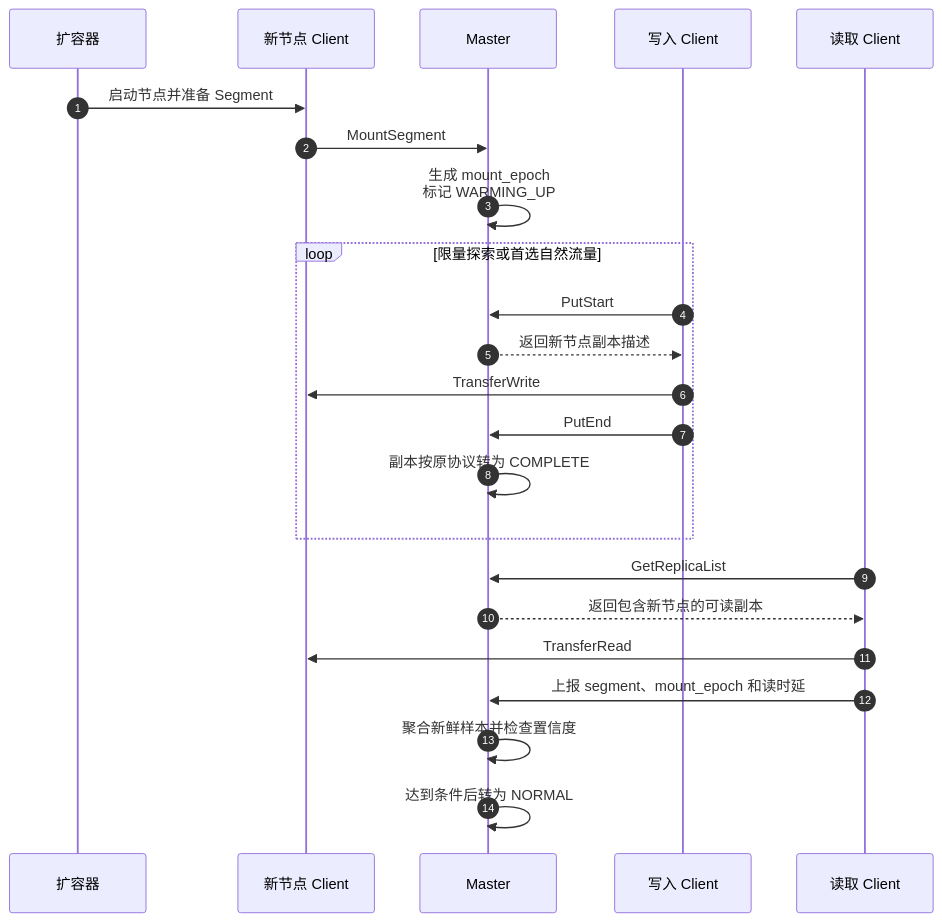
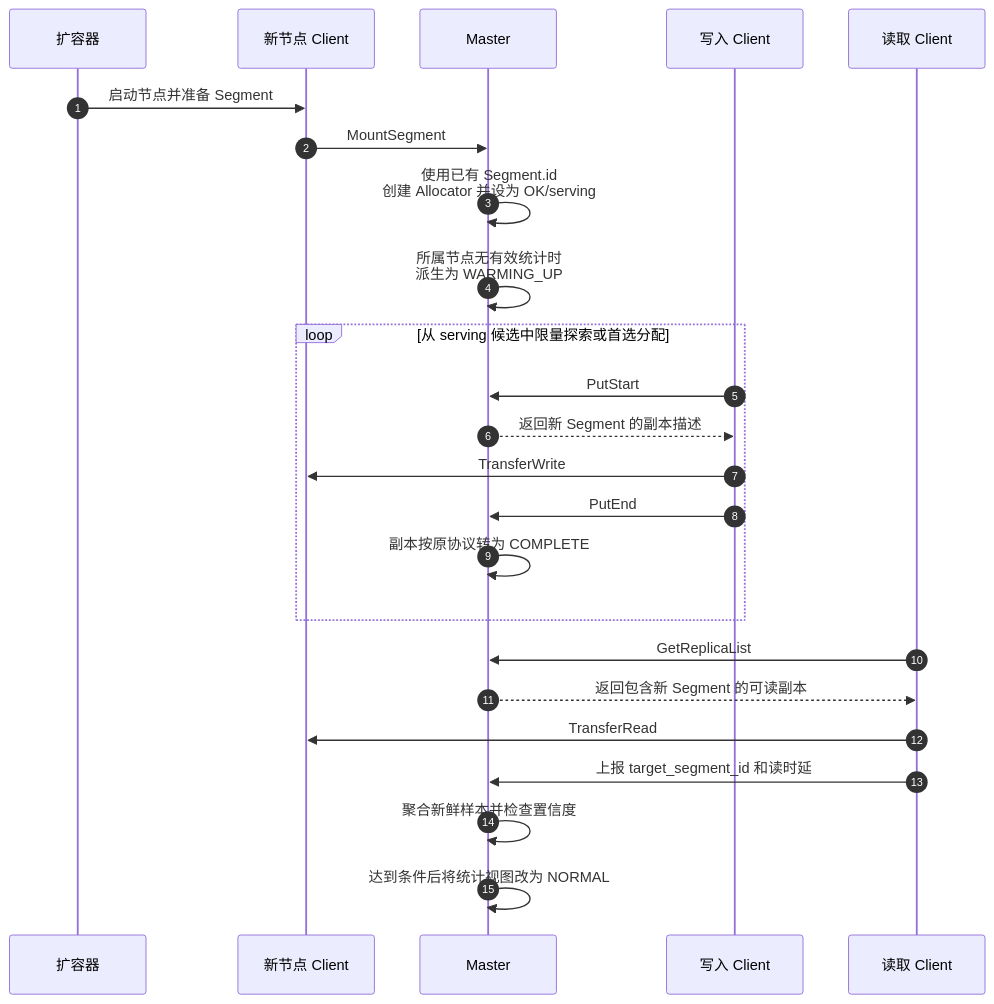
Before and after one commit to ma-xiang/Mooncake: the ninth of 10 diagrams in analyze/mooncake-store-node-level-scheduling.md, drawn with Mermaid. The commit also changed other lines of this file, not shown here.

````diff
--- a/analyze/mooncake-store-node-level-scheduling.md
+++ b/analyze/mooncake-store-node-level-scheduling.md
@@ -451,28 +461,29 @@
 ```mermaid
 sequenceDiagram
     autonumber
     participant O as 扩容器
     participant N as 新节点 Client
     participant M as Master
     participant W as 写入 Client
     participant R as 读取 Client
 
     O->>N: 启动节点并准备 Segment
     N->>M: MountSegment
-    M->>M: 生成 mount_epoch<br/>标记 WARMING_UP
+    M->>M: 使用已有 Segment.id<br/>创建 Allocator 并设为 OK/serving
+    M->>M: 所属节点无有效统计时<br/>派生为 WARMING_UP
 
-    loop 限量探索或首选自然流量
+    loop 从 serving 候选中限量探索或首选分配
         W->>M: PutStart
-        M-->>W: 返回新节点副本描述
+        M-->>W: 返回新 Segment 的副本描述
         W->>N: TransferWrite
         W->>M: PutEnd
         M->>M: 副本按原协议转为 COMPLETE
     end
 
     R->>M: GetReplicaList
-    M-->>R: 返回包含新节点的可读副本
+    M-->>R: 返回包含新 Segment 的可读副本
     R->>N: TransferRead
-    R->>M: 上报 segment、mount_epoch 和读时延
+    R->>M: 上报 target_segment_id 和读时延
     M->>M: 聚合新鲜样本并检查置信度
-    M->>M: 达到条件后转为 NORMAL
+    M->>M: 达到条件后将统计视图改为 NORMAL
 ```
````
